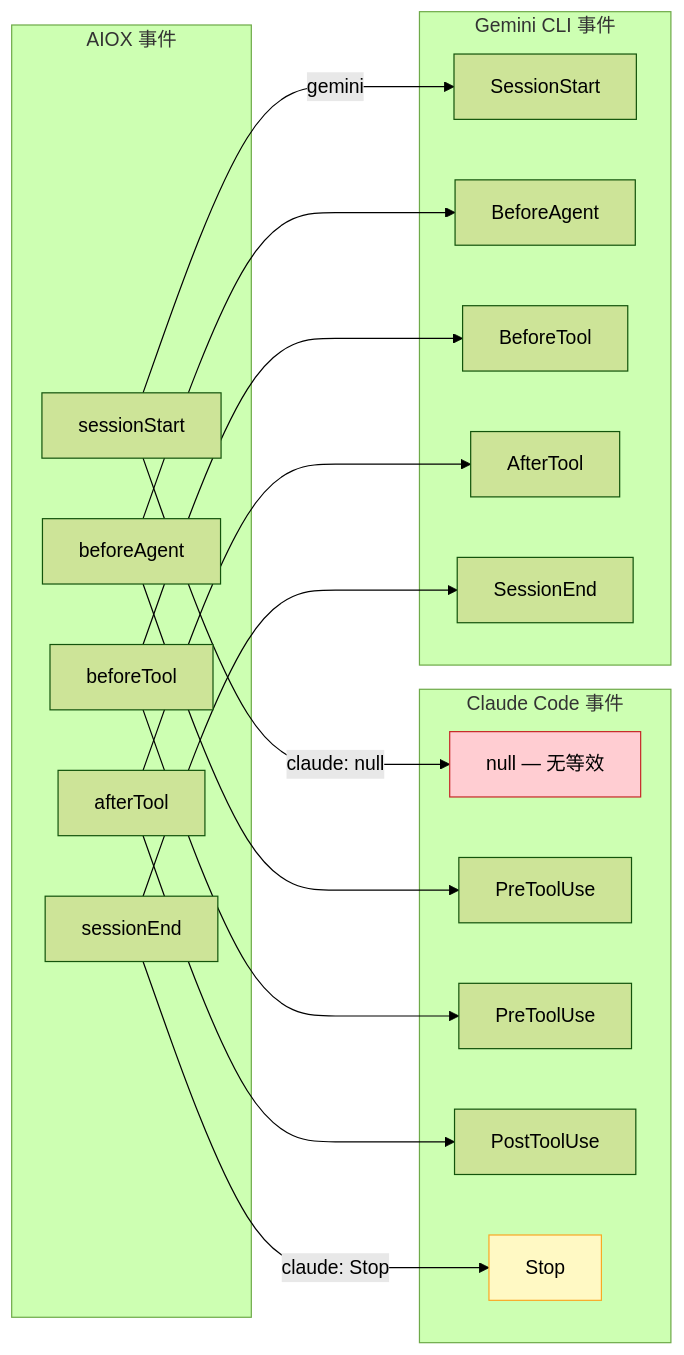
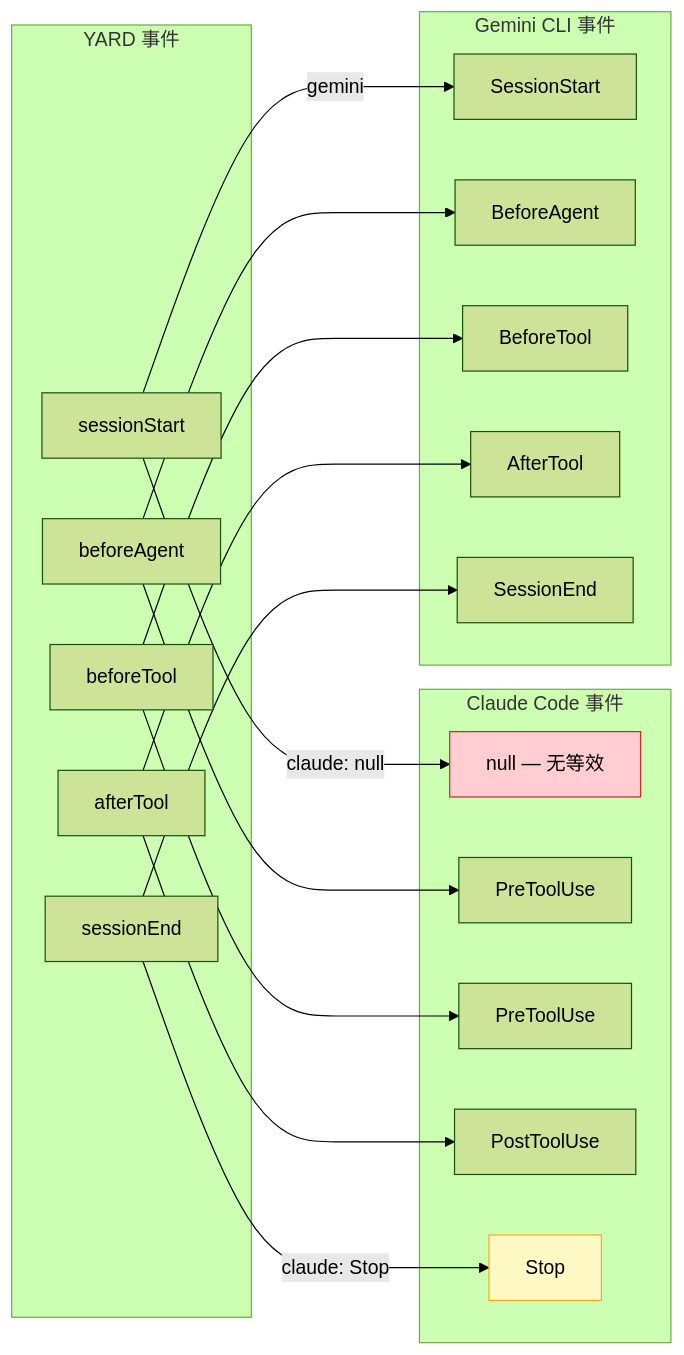
Before and after one commit to ernesto-langa/yard-core: diagram 17 of 18 in docs/zh/guides/MEMORY-SYSTEM.md, drawn with Mermaid (forest theme). The commit also changed other lines of this file and 529 other files, not shown here.

````diff
--- a/docs/zh/guides/MEMORY-SYSTEM.md
+++ b/docs/zh/guides/MEMORY-SYSTEM.md
@@ -764,40 +764,40 @@
 ```mermaid
 flowchart LR
-    subgraph AIOX_EVENTS["AIOX 事件"]
+    subgraph YARD_EVENTS["YARD 事件"]
         E1["sessionStart"]
         E2["beforeAgent"]
         E3["beforeTool"]
         E4["afterTool"]
         E5["sessionEnd"]
     end
 
     subgraph CLAUDE_EVENTS["Claude Code 事件"]
         CE1["null — 无等效"]
         CE2["PreToolUse"]
         CE3["PreToolUse"]
         CE4["PostToolUse"]
         CE5["Stop"]
     end
 
     subgraph GEMINI_EVENTS["Gemini CLI 事件"]
         GE1["SessionStart"]
         GE2["BeforeAgent"]
         GE3["BeforeTool"]
         GE4["AfterTool"]
         GE5["SessionEnd"]
     end
 
     E1 -->|"claude: null"| CE1
     E1 -->|"gemini"| GE1
     E2 --> CE2
     E2 --> GE2
     E3 --> CE3
     E3 --> GE3
     E4 --> CE4
     E4 --> GE4
     E5 -->|"claude: Stop"| CE5
     E5 --> GE5
 
     style CE1 fill:#FFCDD2,stroke:#C62828
     style CE5 fill:#FFF9C4,stroke:#F9A825
 ```
````
